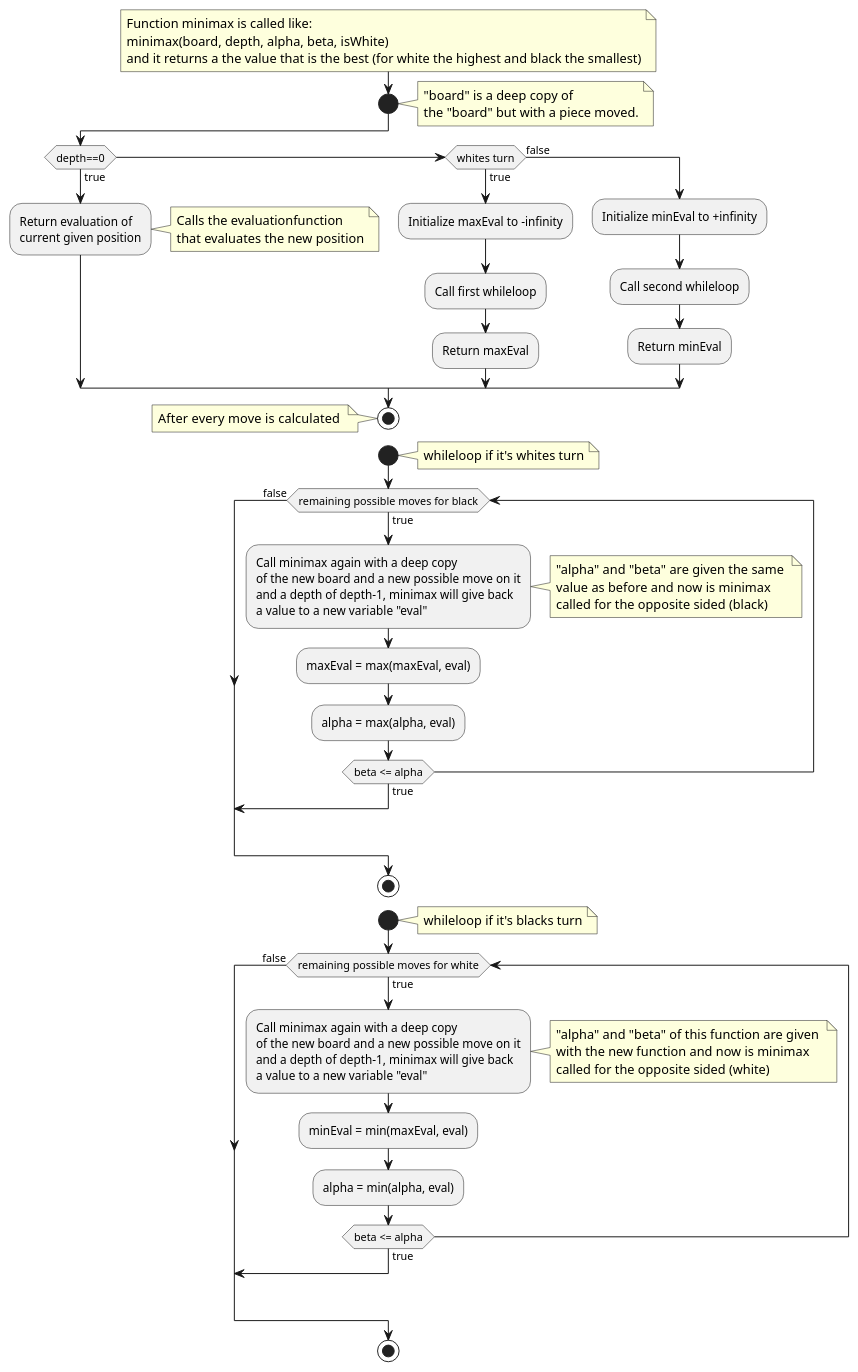
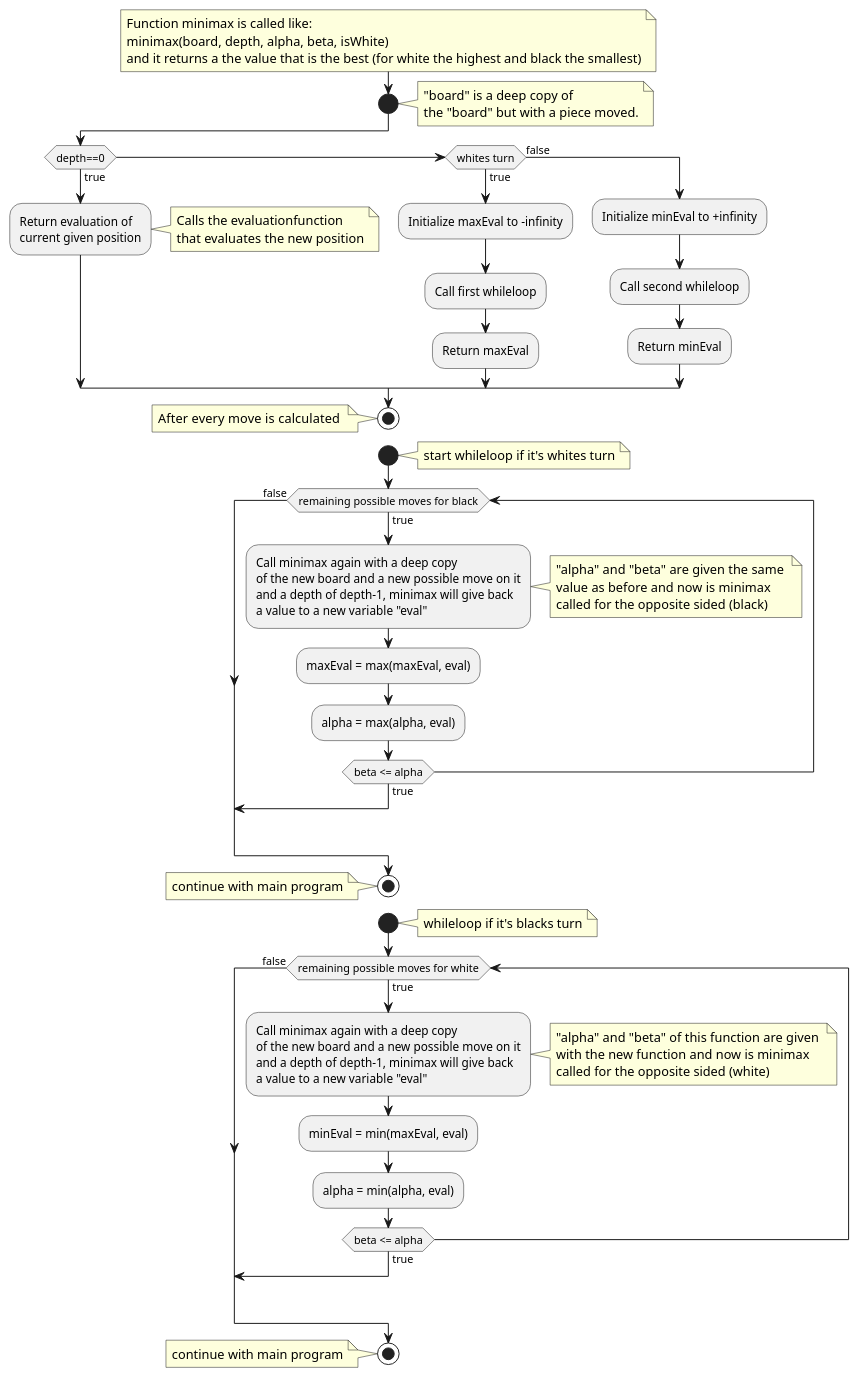
The diagram in puml_chess/acitivteitendiagram_algoritme.puml (wiebe-vandendriessche/schaken), drawn with PlantUML before and after one commit. The commit also changed 2 other files, not shown here.

```diff
--- a/puml_chess/acitivteitendiagram_algoritme.puml
+++ b/puml_chess/acitivteitendiagram_algoritme.puml
@@ -1,78 +1,84 @@
 @startuml alpha beta algoritme
 note
   Function minimax is called like:
   minimax(board, depth, alpha, beta, isWhite)
   and it returns a the value that is the best (for white the highest and black the smallest)
 end note
 start
 note right
   "board" is a deep copy of 
   the "board" but with a piece moved.
 end note
 if (depth==0) then (true)
   :Return evaluation of 
   current given position;
   note right
     Calls the evaluationfunction 
     that evaluates the new position
   end note
 
  else if (whites turn) then (true)
   :Initialize maxEval to -infinity;
   :Call first whileloop;
   :Return maxEval;
 else (false)
   :Initialize minEval to +infinity;
   :Call second whileloop;
   :Return minEval;
 endif
 stop
 
 note
   After  every move is calculated 
 end note
 
 start
 note right
-whileloop if it's whites turn
+  start whileloop if it's whites turn
 end note
   while(remaining possible moves for black) is (true)
     :Call minimax again with a deep copy 
     of the new board and a new possible move on it
     and a depth of depth-1, minimax will give back
     a value to a new variable "eval";
     note right
       "alpha" and "beta" are given the same 
       value as before and now is minimax 
       called for the opposite sided (black)
     end note
     :maxEval = max(maxEval, eval);
     :alpha = max(alpha, eval);
     if (beta <= alpha) is (true) then
       break
     endif
   endwhile (false)
 stop
+note left
+  continue with main program
+end note
 
 start 
 note right
-whileloop if it's blacks turn
+  whileloop if it's blacks turn
 end note
 while(remaining possible moves for white) is (true)
     :Call minimax again with a deep copy 
     of the new board and a new possible move on it
     and a depth of depth-1, minimax will give back
     a value to a new variable "eval";
     note right
       "alpha" and "beta" of this function are given 
       with the new function and now is minimax 
       called for the opposite sided (white)
     end note
     :minEval = min(maxEval, eval);
     :alpha = min(alpha, eval);
     if (beta <= alpha) is (true) then
       break
     endif
   endwhile (false)
 stop
+note left 
+  continue with main program
+end note
 @enduml
```
